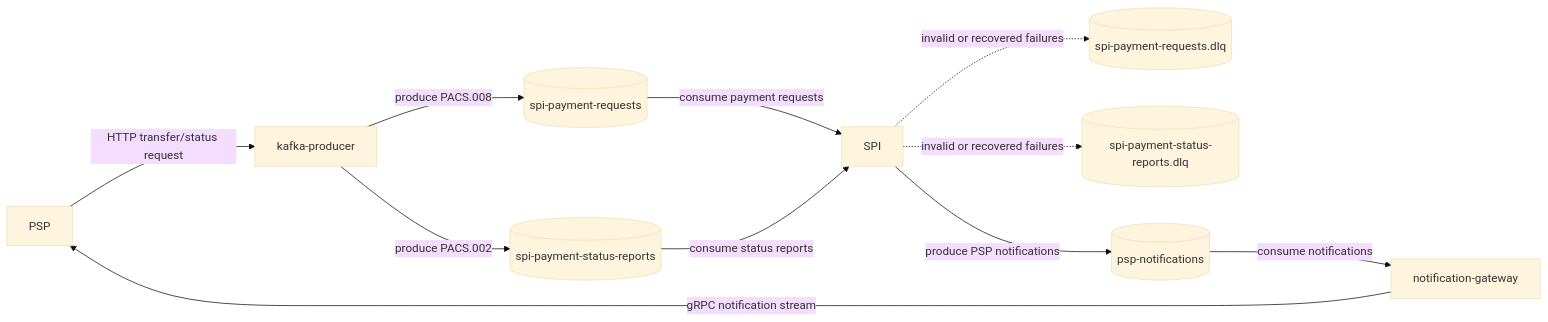
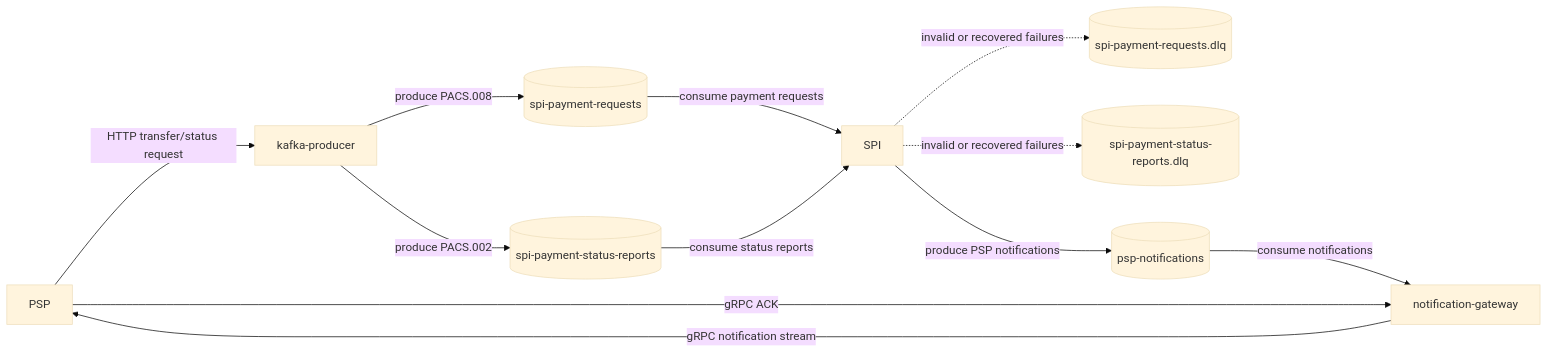
The diagram in docs/KAFKA_MESSAGE_FLOW.md (borgeskauan/instant-payment-system), drawn with Mermaid (base theme) before and after one commit. The commit also changed other lines of this file and 40 other files, not shown here.

Commit message:
Add reliable PSP notification delivery with ACK retry

````diff
--- a/docs/KAFKA_MESSAGE_FLOW.md
+++ b/docs/KAFKA_MESSAGE_FLOW.md
@@ -5,23 +5,24 @@
 ```mermaid
 flowchart LR
     PSP["PSP"]
     Producer["kafka-producer"]
     PaymentRequests[("spi-payment-requests")]
     StatusReports[("spi-payment-status-reports")]
     PaymentRequestsDlq[("spi-payment-requests.dlq")]
     StatusReportsDlq[("spi-payment-status-reports.dlq")]
     SPI["SPI"]
     Notifications[("psp-notifications")]
     Gateway["notification-gateway"]
 
     PSP -->|"HTTP transfer/status request"| Producer
     Producer -->|"produce PACS.008"| PaymentRequests
     Producer -->|"produce PACS.002"| StatusReports
     PaymentRequests -->|"consume payment requests"| SPI
     StatusReports -->|"consume status reports"| SPI
     SPI -.->|"invalid or recovered failures"| PaymentRequestsDlq
     SPI -.->|"invalid or recovered failures"| StatusReportsDlq
     SPI -->|"produce PSP notifications"| Notifications
     Notifications -->|"consume notifications"| Gateway
     Gateway -->|"gRPC notification stream"| PSP
+    PSP -->|"gRPC ACK"| Gateway
 ```
````
